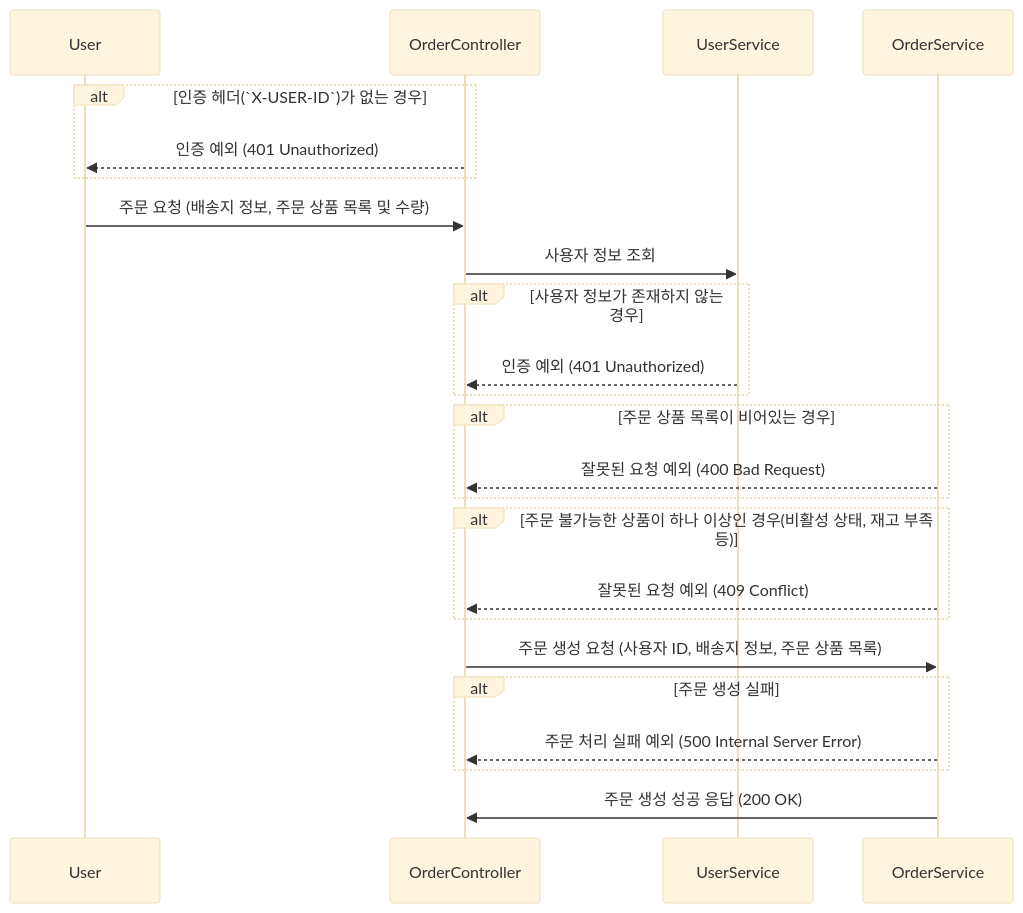
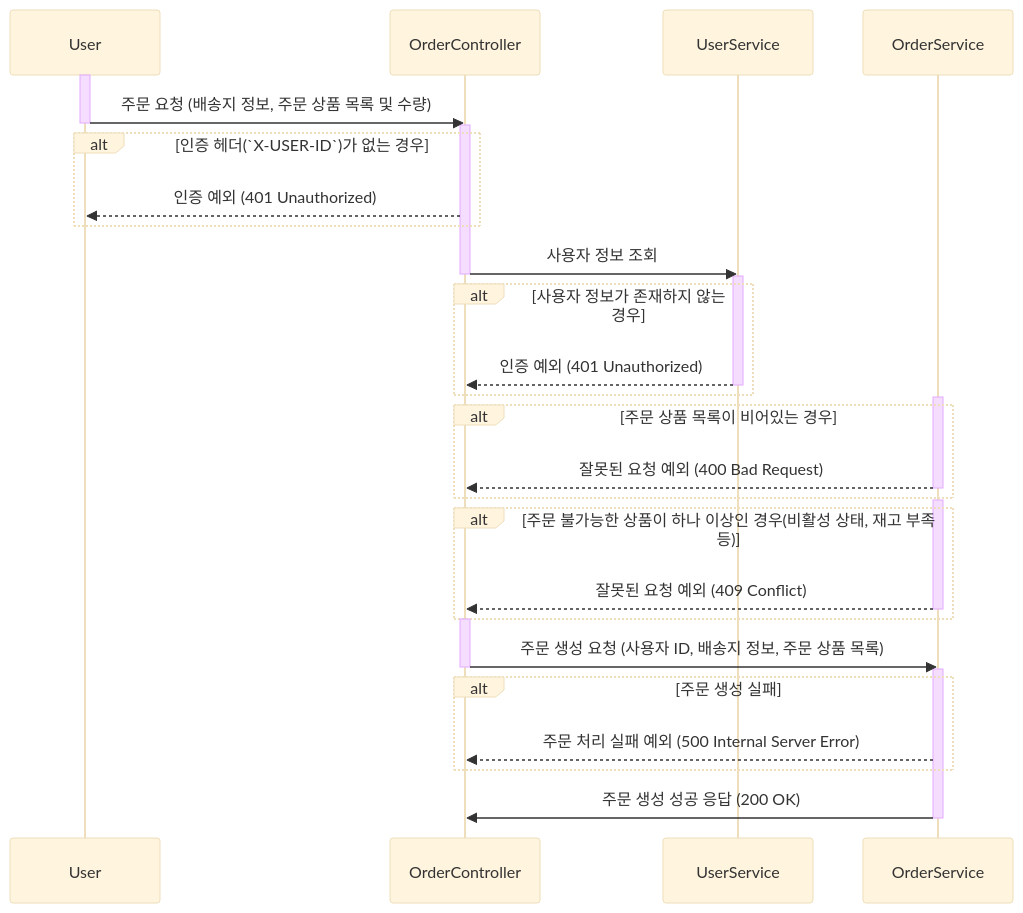
The first of 4 diagrams in docs/design/02-sequence-diagrams/order_payment_v2.md (kiekk/gamsung-commerce), drawn with Mermaid (base theme) before and after one commit. The commit also changed other lines of this file and 5 other files, not shown here.

First line of the commit message:
docs: 시퀀스 다이어그램 activate bar 추가

````diff
--- a/docs/design/02-sequence-diagrams/order_payment_v2.md
+++ b/docs/design/02-sequence-diagrams/order_payment_v2.md
@@ -11,26 +11,40 @@
 ```mermaid
 sequenceDiagram
     participant User
     participant OrderController
     participant UserService
     participant OrderService
+    activate User
+    User ->> OrderController: 주문 요청 (배송지 정보, 주문 상품 목록 및 수량)
+    deactivate User
+    activate OrderController
     alt 인증 헤더(`X-USER-ID`)가 없는 경우
         OrderController -->> User: 인증 예외 (401 Unauthorized)
     end
-    User ->> OrderController: 주문 요청 (배송지 정보, 주문 상품 목록 및 수량)
     OrderController ->> UserService: 사용자 정보 조회
+    deactivate OrderController
+    activate UserService
     alt 사용자 정보가 존재하지 않는 경우
         UserService -->> OrderController: 인증 예외 (401 Unauthorized)
+        deactivate UserService
     end
+    activate OrderService
     alt 주문 상품 목록이 비어있는 경우
         OrderService -->> OrderController: 잘못된 요청 예외 (400 Bad Request)
+        deactivate OrderService
     end
+    activate OrderService
     alt 주문 불가능한 상품이 하나 이상인 경우(비활성 상태, 재고 부족 등)
         OrderService -->> OrderController: 잘못된 요청 예외 (409 Conflict)
+        deactivate OrderService
     end
+    activate OrderController
     OrderController ->> OrderService: 주문 생성 요청 (사용자 ID, 배송지 정보, 주문 상품 목록)
+    deactivate OrderController
+    activate OrderService
     alt 주문 생성 실패
         OrderService -->> OrderController: 주문 처리 실패 예외 (500 Internal Server Error)
     end
     OrderService ->> OrderController: 주문 생성 성공 응답 (200 OK)
+    deactivate OrderService
 ```
````
